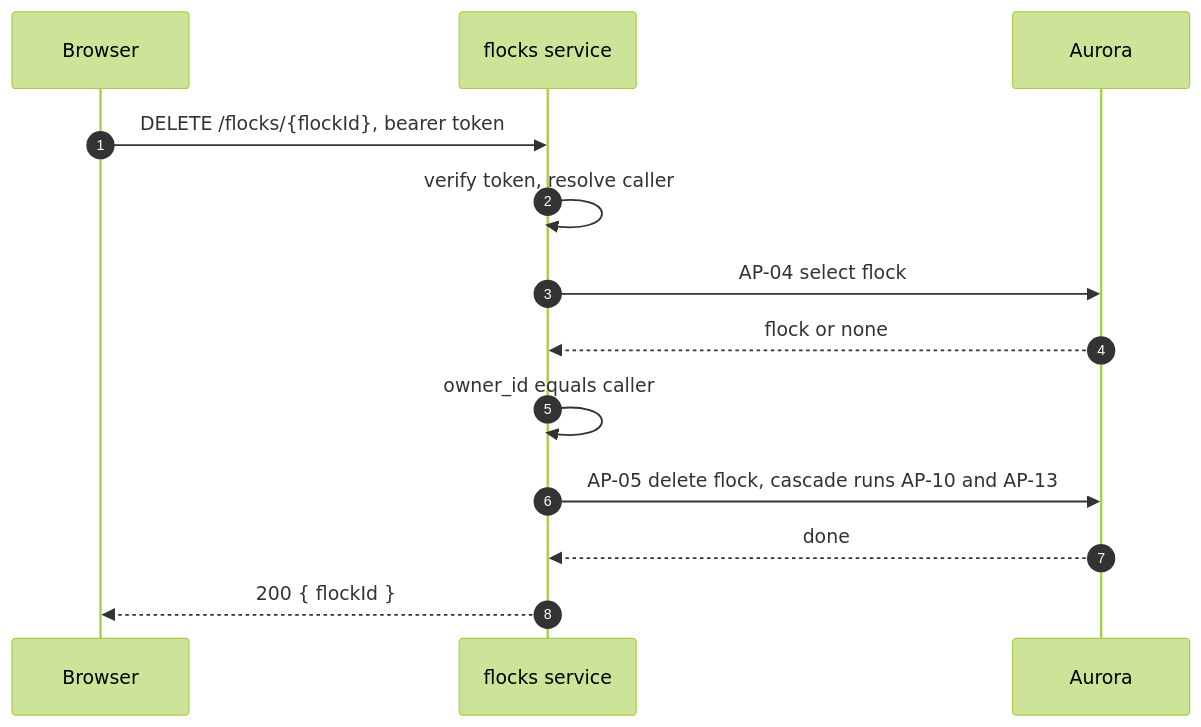
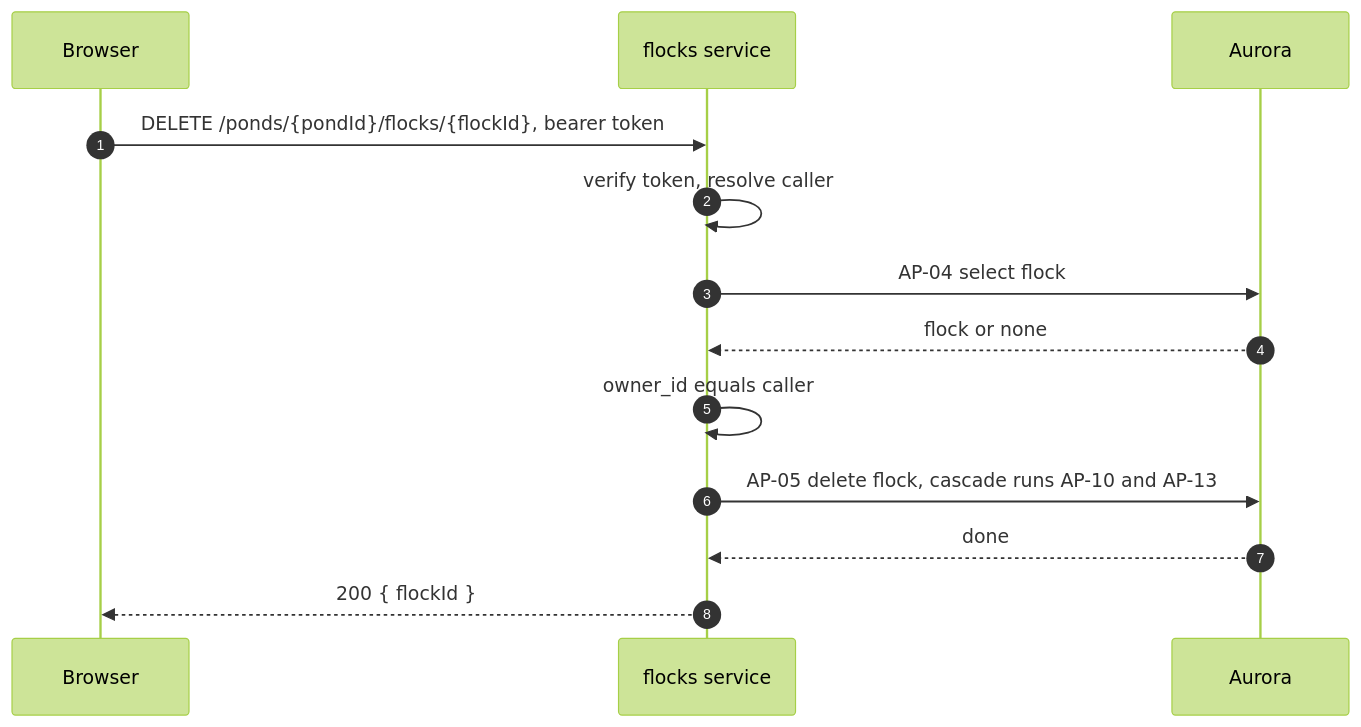
Before and after one commit to fractionalJoe/quack: the diagram in docs/design/flows/wfl-08-delete-flock.md, drawn with Mermaid. The commit also changed other lines of this file and 10 other files, not shown here.

````diff
--- a/docs/design/flows/wfl-08-delete-flock.md
+++ b/docs/design/flows/wfl-08-delete-flock.md
@@ -7,19 +7,19 @@
 ```mermaid
 ---
 config:
   theme: forest
 ---
 sequenceDiagram
     autonumber
     participant B as Browser
     participant F as flocks service
     participant DB as Aurora
-    B->>F: DELETE /flocks/{flockId}, bearer token
+    B->>F: DELETE /ponds/{pondId}/flocks/{flockId}, bearer token
     F->>F: verify token, resolve caller
     F->>DB: AP-04 select flock
     DB-->>F: flock or none
     F->>F: owner_id equals caller
     F->>DB: AP-05 delete flock, cascade runs AP-10 and AP-13
     DB-->>F: done
     F-->>B: 200 { flockId }
 ```
````
